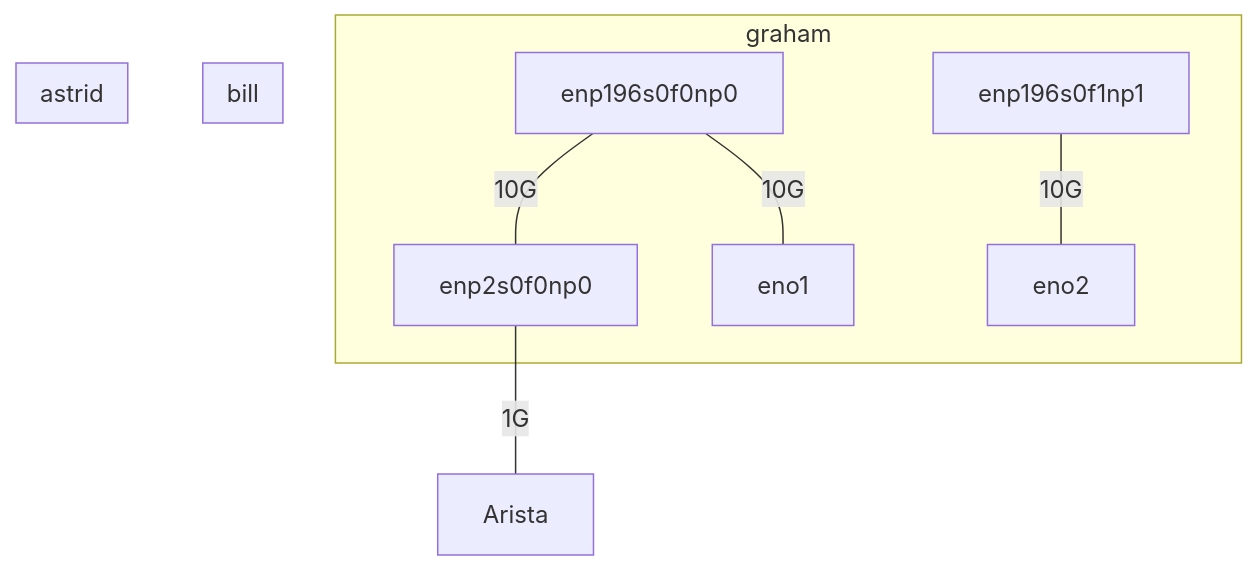
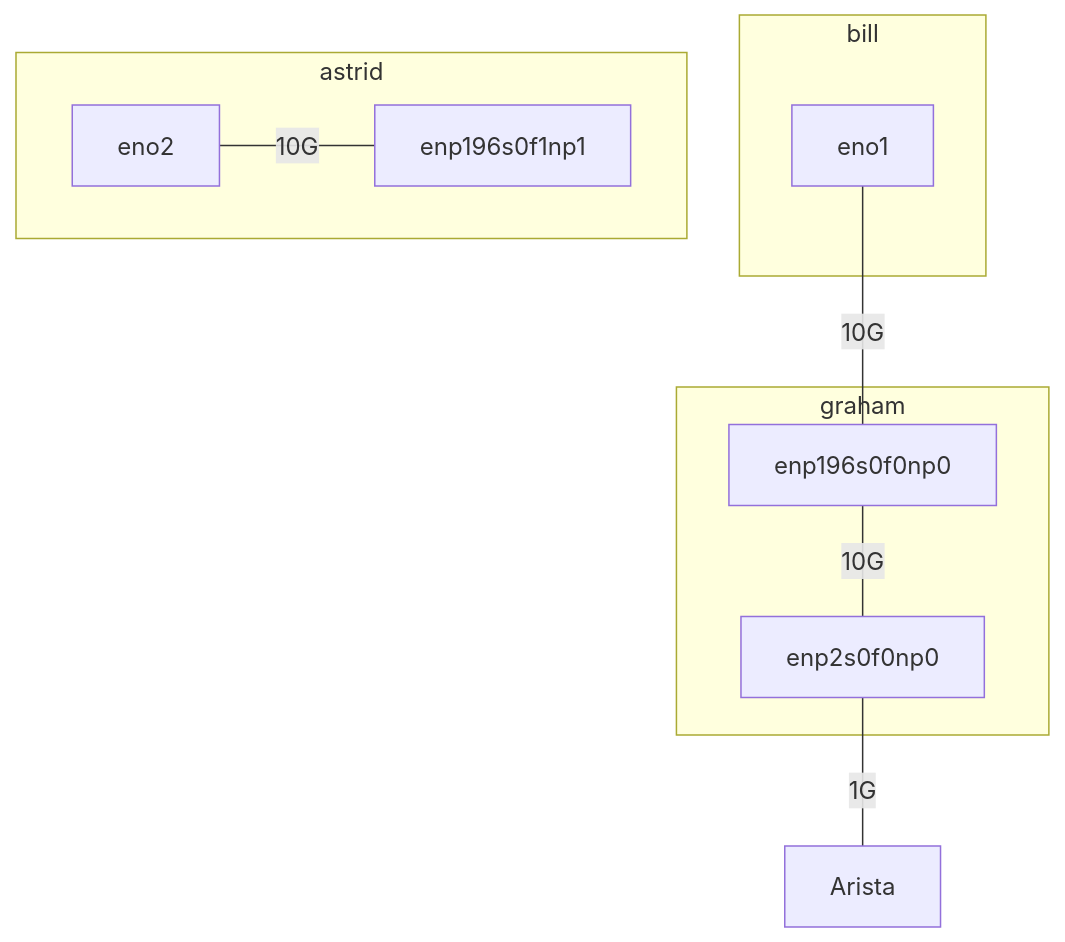
The fourth of 4 diagrams in some-mermaid-graph.md (ackxolotl/doctor-cluster-config), drawn with Mermaid before and after one commit.

````diff
--- a/some-mermaid-graph.md
+++ b/some-mermaid-graph.md
@@ -45,16 +45,14 @@
 ```mermaid
   graph TD
     enp2s0f0np0-- 1G ---Arista
     subgraph graham
     enp2s0f0np0
     enp196s0f0np0-- 10G ---enp2s0f0np0
-    enp196s0f0np0-- 10G ---eno1
-    enp196s0f1np1-- 10G ---eno2
     end
     subgraph bill
-    eno1
+    eno1-- 10G ---enp196s0f0np0
     end
     subgraph astrid
-    eno2
+    eno2-- 10G ---enp196s0f1np1
     end
 ```
````
